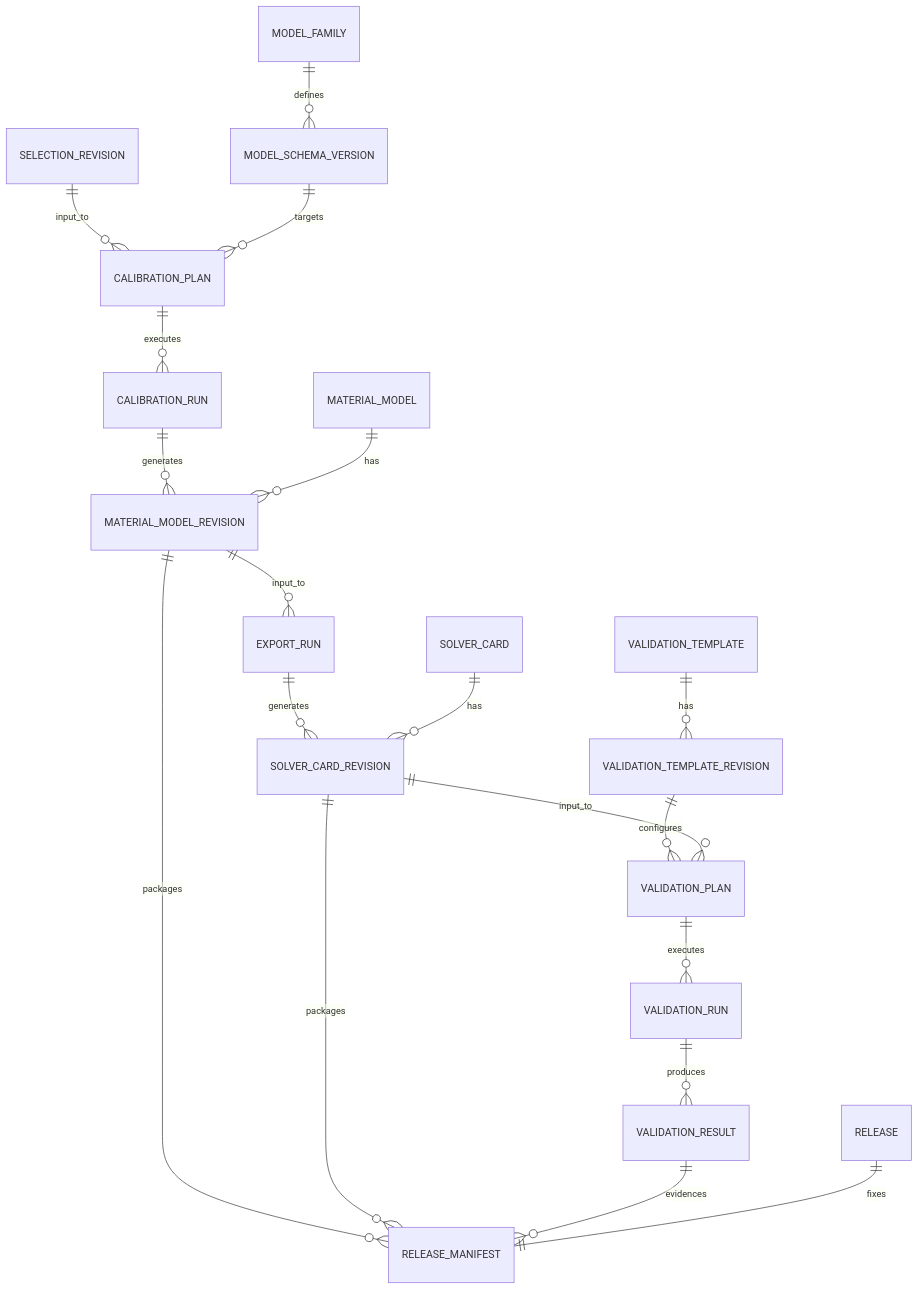
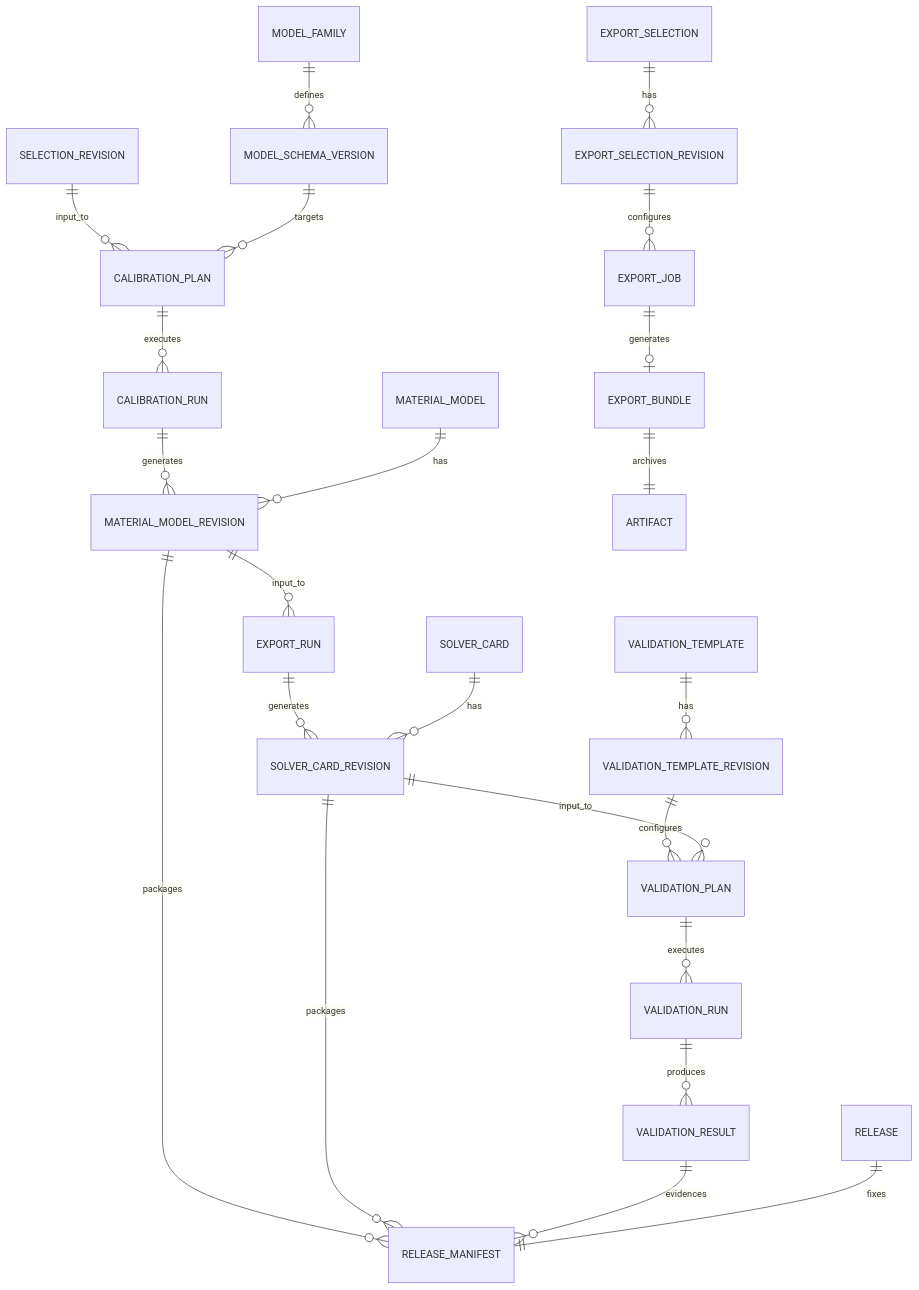
Before and after one commit to pikachu444/cae-material-platform: the third of 3 diagrams in docs/03-domain/canonical-domain-model.md, drawn with Mermaid. The commit also changed other lines of this file and 22 other files, not shown here.

````diff
--- a/docs/03-domain/canonical-domain-model.md
+++ b/docs/03-domain/canonical-domain-model.md
@@ -173,21 +175,25 @@
 ```mermaid
 erDiagram
     MODEL_FAMILY ||--o{ MODEL_SCHEMA_VERSION : defines
     CALIBRATION_PLAN ||--o{ CALIBRATION_RUN : executes
     SELECTION_REVISION ||--o{ CALIBRATION_PLAN : input_to
     MODEL_SCHEMA_VERSION ||--o{ CALIBRATION_PLAN : targets
     CALIBRATION_RUN ||--o{ MATERIAL_MODEL_REVISION : generates
     MATERIAL_MODEL ||--o{ MATERIAL_MODEL_REVISION : has
     MATERIAL_MODEL_REVISION ||--o{ EXPORT_RUN : input_to
     EXPORT_RUN ||--o{ SOLVER_CARD_REVISION : generates
     SOLVER_CARD ||--o{ SOLVER_CARD_REVISION : has
     VALIDATION_TEMPLATE ||--o{ VALIDATION_TEMPLATE_REVISION : has
     VALIDATION_PLAN ||--o{ VALIDATION_RUN : executes
     VALIDATION_TEMPLATE_REVISION ||--o{ VALIDATION_PLAN : configures
     SOLVER_CARD_REVISION ||--o{ VALIDATION_PLAN : input_to
     VALIDATION_RUN ||--o{ VALIDATION_RESULT : produces
     MATERIAL_MODEL_REVISION ||--o{ RELEASE_MANIFEST : packages
     SOLVER_CARD_REVISION ||--o{ RELEASE_MANIFEST : packages
     VALIDATION_RESULT ||--o{ RELEASE_MANIFEST : evidences
     RELEASE ||--|| RELEASE_MANIFEST : fixes
+    EXPORT_SELECTION ||--o{ EXPORT_SELECTION_REVISION : has
+    EXPORT_SELECTION_REVISION ||--o{ EXPORT_JOB : configures
+    EXPORT_JOB ||--o| EXPORT_BUNDLE : generates
+    EXPORT_BUNDLE ||--|| ARTIFACT : archives
 ```
````
